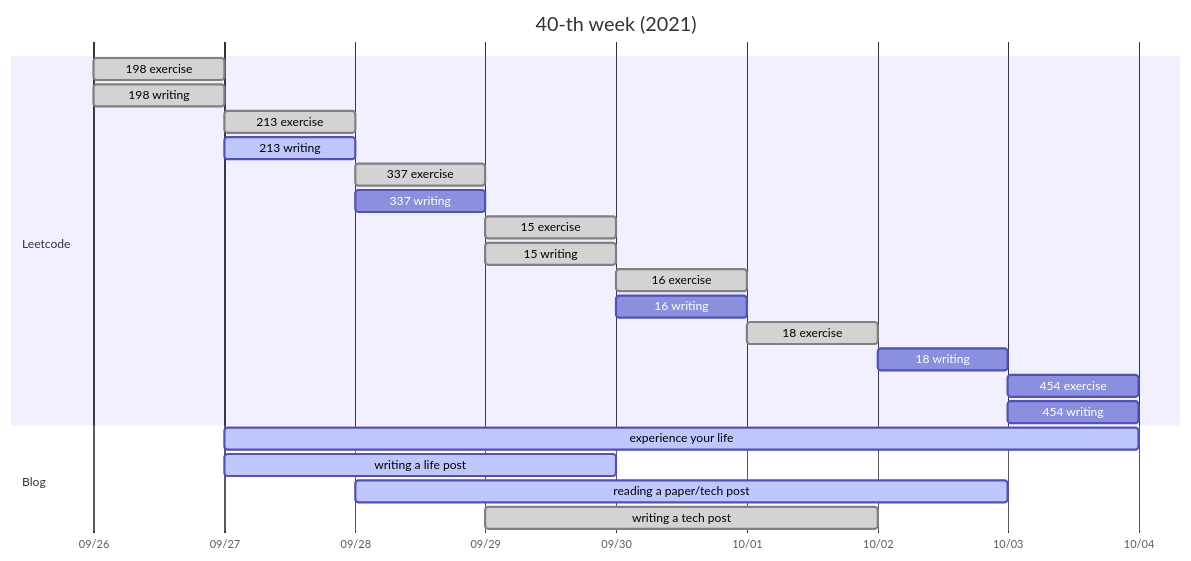
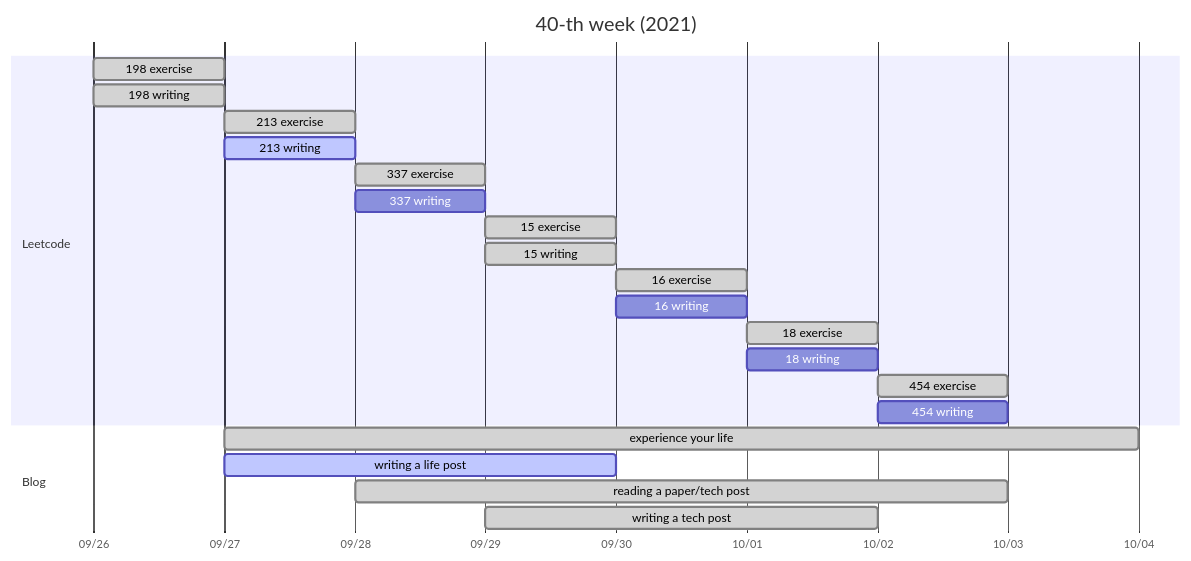
The diagram in _posts/2021-09-27-40th-weekly-progress.md (michaelmoju/allenyummy.github.io), drawn with Mermaid before and after one commit. The commit also changed other lines of this file, not shown here.

Commit message:
[modified] 2021-09-27-40th-weekly-progress

````diff
--- a/_posts/2021-09-27-40th-weekly-progress.md
+++ b/_posts/2021-09-27-40th-weekly-progress.md
@@ -23,28 +23,28 @@
 ```mermaid
 gantt
     title 40-th week (2021)
     dateFormat  YYYY-MM-DD
     axisFormat  %m/%d
 
     section Leetcode
     198 exercise       : done  , L1, 2021-09-26, 1d
     198 writing        : done  , L2, 2021-09-26, 1d
     213 exercise       : done  , L3, 2021-09-27, 1d
     213 writing        : active, L4, 2021-09-27, 1d
     337 exercise       : done  , L5, 2021-09-28, 1d
     337 writing        :         L6, 2021-09-28, 1d
     15  exercise       : done  , L7, 2021-09-29, 1d
     15  writing        : done  , L8, 2021-09-29, 1d
     16  exercise       : done  , L9, 2021-09-30, 1d
     16  writing        :         L10,2021-09-30, 1d
     18  exercise       : done  , L11,2021-10-01, 1d
-    18  writing        :         L12,2021-10-02, 1d
-    454 exercise       :         L13,2021-10-03, 1d
-    454 writing        :         L14,2021-10-03, 1d
+    18  writing        :         L12,2021-10-01, 1d
+    454 exercise       : done  , L13,2021-10-02, 1d
+    454 writing        :         L14,2021-10-02, 1d
 
     section Blog
-    experience your life: active, B1, 2021-09-27, 7d
+    experience your life: done , B1, 2021-09-27, 7d
     writing a life post : active, B2, 2021-09-27, 3d
-    reading a paper/tech post: active, B3, 2021-09-28, 5d
-    writing a tech post : done  , B4, 2021-09-29, 3d
+    reading a paper/tech post: done, B3, 2021-09-28, 5d
+    writing a tech post : done , B4, 2021-09-29, 3d
 ```
````
